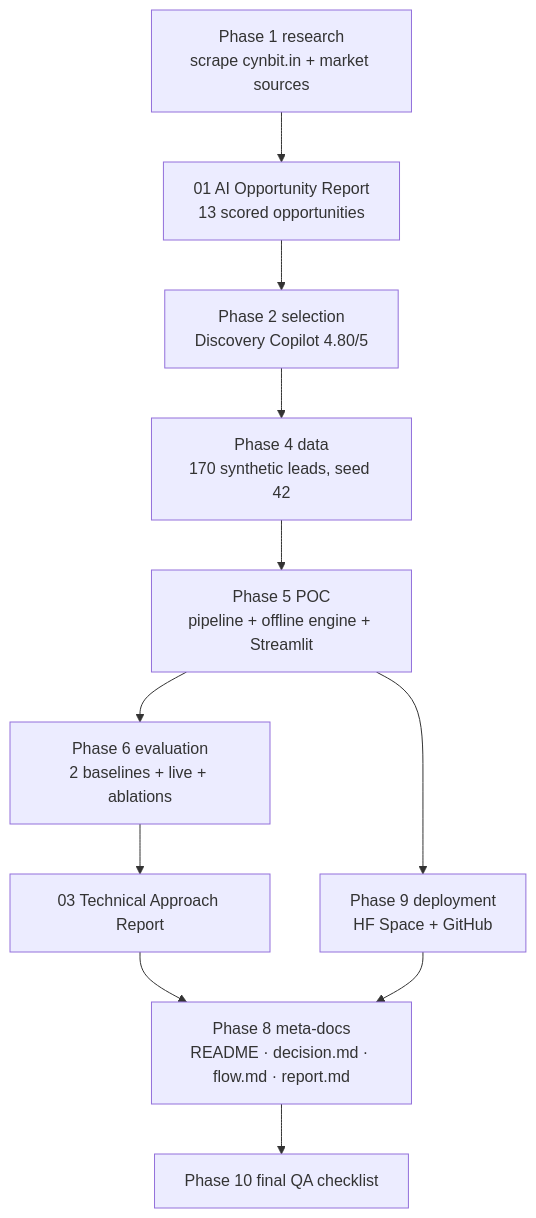
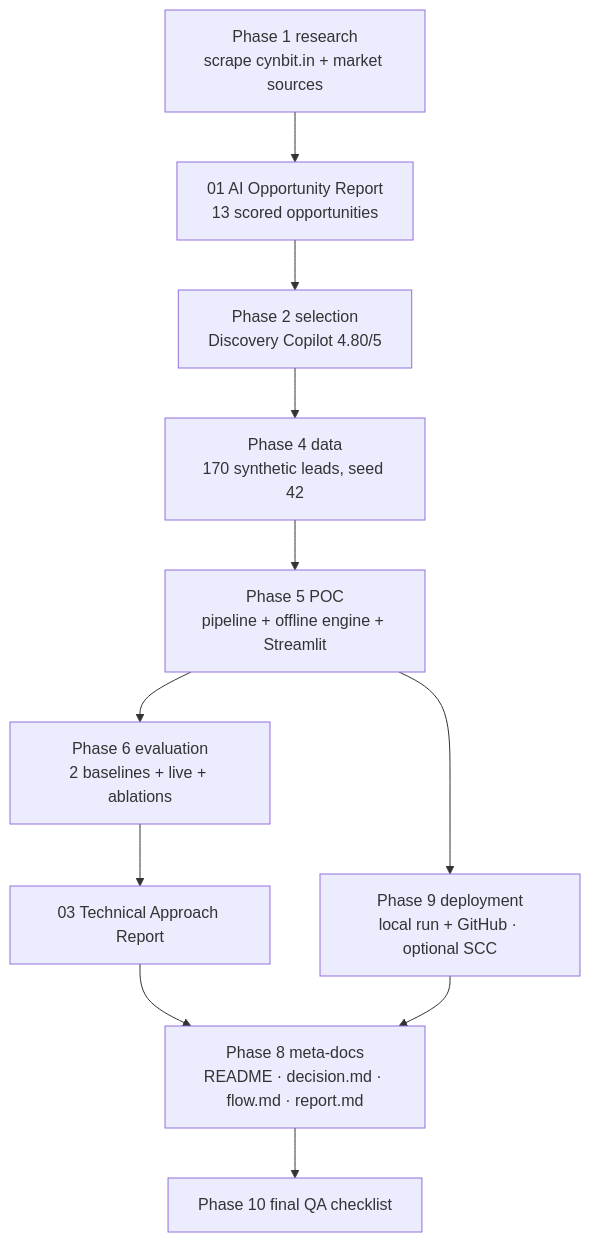
Before and after one commit to KritPrasad05/Cynbit_AI: the first of 6 diagrams in flow.md, drawn with Mermaid. The commit also changed 4 other files, not shown here.

````diff
--- a/flow.md
+++ b/flow.md
@@ -8,13 +8,13 @@
 ```mermaid
 flowchart TD
     R[Phase 1 research<br/>scrape cynbit.in + market sources] --> OR[01 AI Opportunity Report<br/>13 scored opportunities]
     OR --> SEL[Phase 2 selection<br/>Discovery Copilot 4.80/5]
     SEL --> D[Phase 4 data<br/>170 synthetic leads, seed 42]
     D --> POC[Phase 5 POC<br/>pipeline + offline engine + Streamlit]
     POC --> EV[Phase 6 evaluation<br/>2 baselines + live + ablations]
     EV --> TAR[03 Technical Approach Report]
-    POC --> DEP[Phase 9 deployment<br/>HF Space + GitHub]
+    POC --> DEP[Phase 9 deployment<br/>local run + GitHub · optional SCC]
     TAR --> META[Phase 8 meta-docs<br/>README · decision.md · flow.md · report.md]
     DEP --> META
     META --> QA[Phase 10 final QA checklist]
 ```
````
